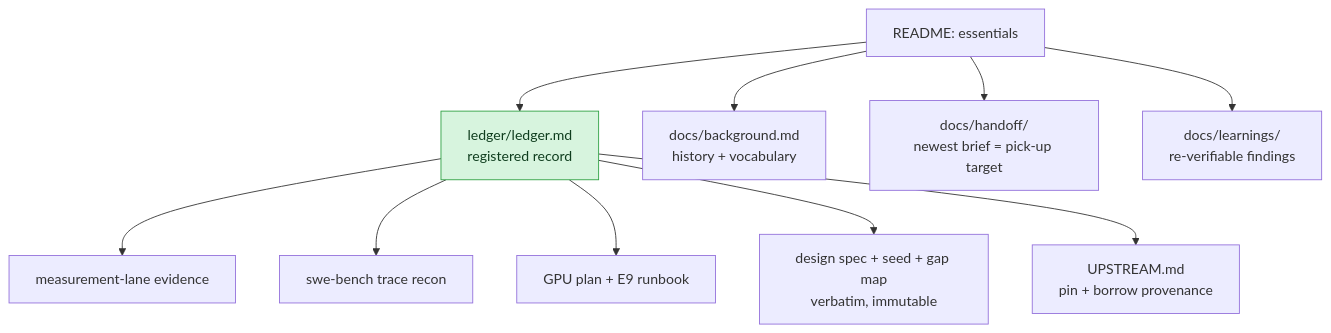
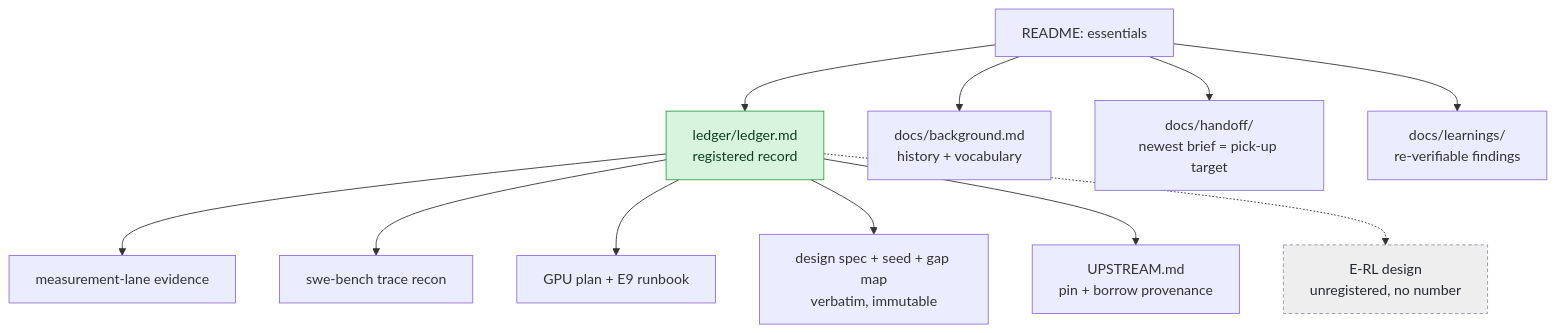
One commit to hossainpazooki/linear-ceiling changed the seventh of 7 diagrams in README.md. Above: the diagram before and after it, drawn with Mermaid. The commit also changed other lines of this file and 2 other files, not shown here.

Commit message:
docs: README and visuals for 0025 and the E-RL design line; drafts README cleared

````diff
--- a/README.md
+++ b/README.md
@@ -245,14 +264,17 @@
 ```mermaid
 flowchart TD
     README[README: essentials] --> LED[ledger/ledger.md<br/>registered record]
     README --> BG[docs/background.md<br/>history + vocabulary]
     README --> HOF[docs/handoff/<br/>newest brief = pick-up target]
     README --> LRN[docs/learnings/<br/>re-verifiable findings]
     LED --> EV[measurement-lane evidence]
     LED --> RECON[swe-bench trace recon]
     LED --> PLAN[GPU plan + E9 runbook]
     LED --> SPEC[design spec + seed + gap map<br/>verbatim, immutable]
     LED --> UP[UPSTREAM.md<br/>pin + borrow provenance]
+    LED -.-> ERL[E-RL design<br/>unregistered, no number]
     classDef record fill:#d7f4de,stroke:#2ea043,color:#0f3d1e;
+    classDef design fill:#eeeeee,stroke:#8b949e,color:#24292f,stroke-dasharray:4 3;
     class LED record;
+    class ERL design;
 ```
````
